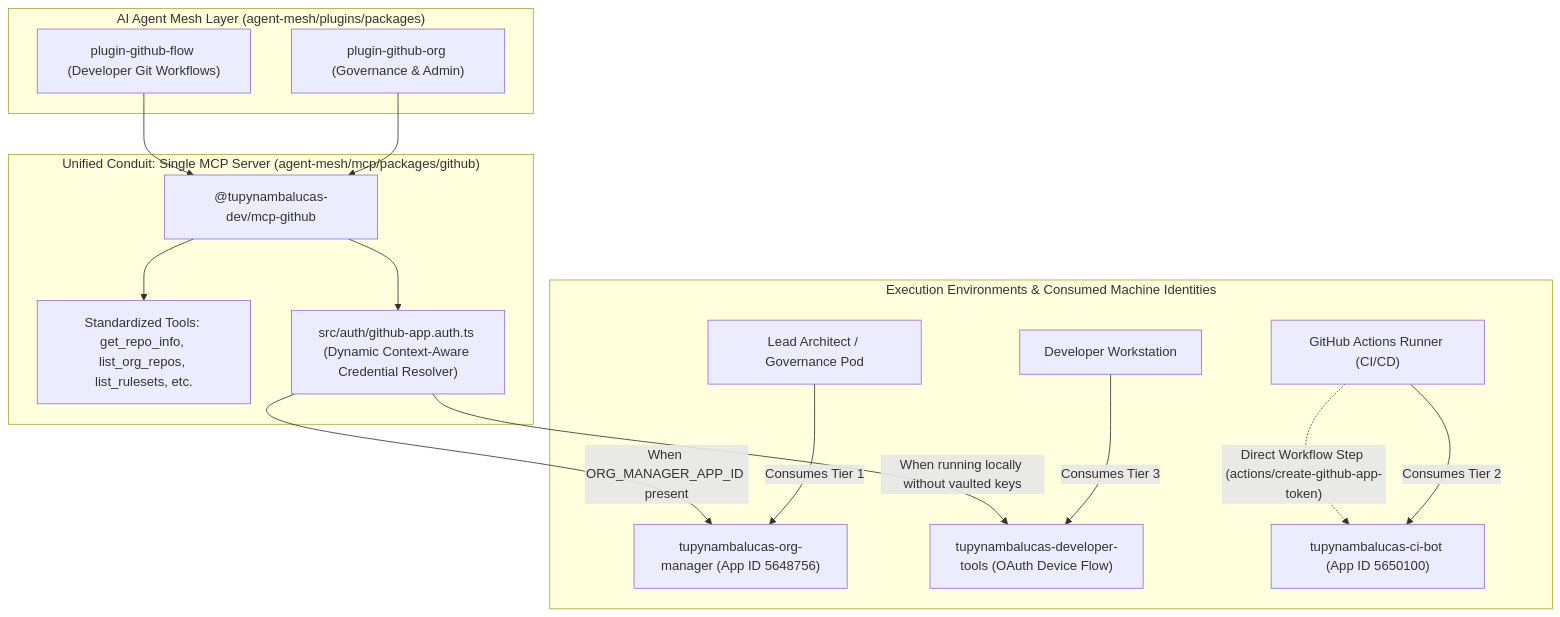
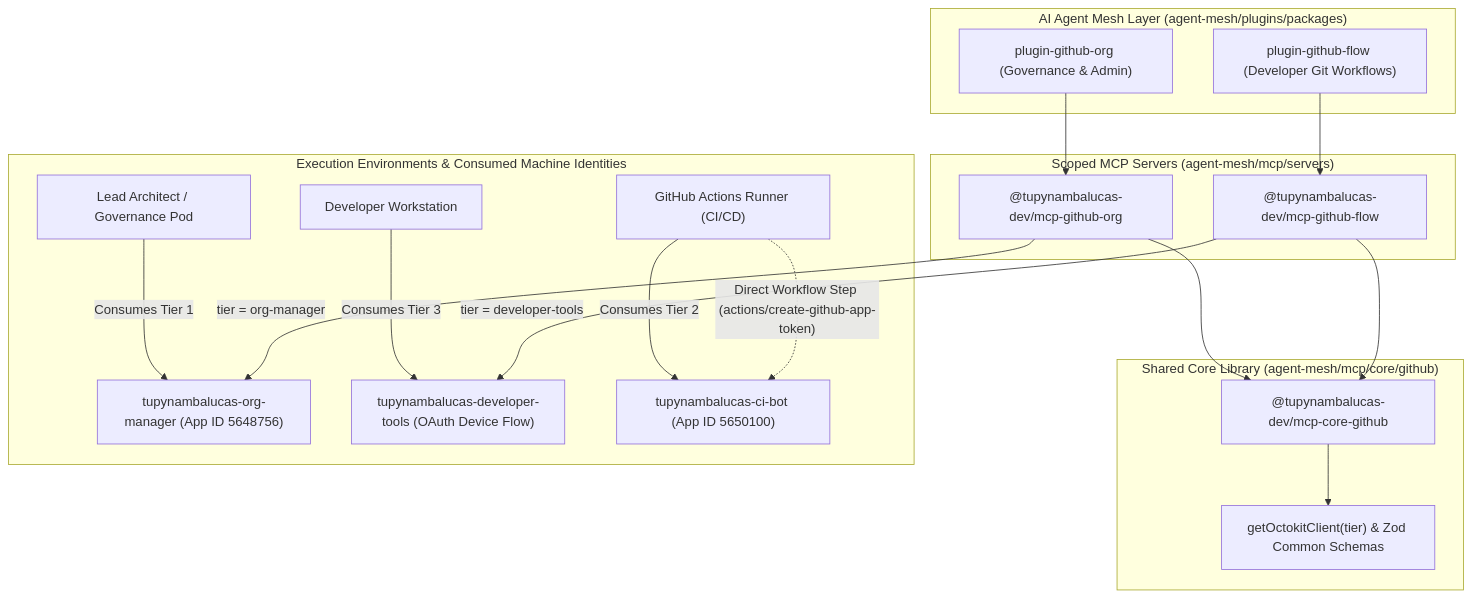
The diagram in references/explanation/github-app-identity-architecture.md (tupynambalucas-dev/.github), drawn with Mermaid before and after one commit. The commit also changed other lines of this file and 3 other files, not shown here.

Commit message:
docs(references): sync GitHub App identity architecture with scoped MCP servers (#45)

````diff
--- a/references/explanation/github-app-identity-architecture.md
+++ b/references/explanation/github-app-identity-architecture.md
@@ -135,29 +135,35 @@
 ```mermaid
 flowchart TD
     subgraph Agents ["AI Agent Mesh Layer (agent-mesh/plugins/packages)"]
         P_Org["plugin-github-org (Governance & Admin)"]
         P_Flow["plugin-github-flow (Developer Git Workflows)"]
     end
 
-    subgraph Conduit ["Unified Conduit: Single MCP Server (agent-mesh/mcp/packages/github)"]
-        MCP["@tupynambalucas-dev/mcp-github"]
-        Tools["Standardized Tools: get_repo_info, list_org_repos, list_rulesets, etc."]
-        AuthEngine["src/auth/github-app.auth.ts (Dynamic Context-Aware Credential Resolver)"]
-        MCP --> Tools
-        MCP --> AuthEngine
+    subgraph Servers ["Scoped MCP Servers (agent-mesh/mcp/servers)"]
+        MCP_Org["@tupynambalucas-dev/mcp-github-org"]
+        MCP_Flow["@tupynambalucas-dev/mcp-github-flow"]
+    end
+
+    subgraph Core ["Shared Core Library (agent-mesh/mcp/core/github)"]
+        CorePkg["@tupynambalucas-dev/mcp-core-github"]
+        AuthEngine["getOctokitClient(tier) & Zod Common Schemas"]
+        CorePkg --> AuthEngine
     end
 
     subgraph Runtimes ["Execution Environments & Consumed Machine Identities"]
         R_Admin["Lead Architect / Governance Pod"] -- "Consumes Tier 1" --> App1["tupynambalucas-org-manager (App ID 5648756)"]
         R_Dev["Developer Workstation"] -- "Consumes Tier 3" --> App3["tupynambalucas-developer-tools (OAuth Device Flow)"]
         R_CI["GitHub Actions Runner (CI/CD)"] -- "Consumes Tier 2" --> App2["tupynambalucas-ci-bot (App ID 5650100)"]
     end
 
-    P_Org --> MCP
-    P_Flow --> MCP
+    P_Org --> MCP_Org
+    P_Flow --> MCP_Flow
 
-    AuthEngine -- "When ORG_MANAGER_APP_ID present" --> App1
-    AuthEngine -- "When running locally without vaulted keys" --> App3
+    MCP_Org --> CorePkg
+    MCP_Flow --> CorePkg
+
+    MCP_Org -- "tier = org-manager" --> App1
+    MCP_Flow -- "tier = developer-tools" --> App3
 
     R_CI -. "Direct Workflow Step (actions/create-github-app-token)" .-> App2
 ```
````
